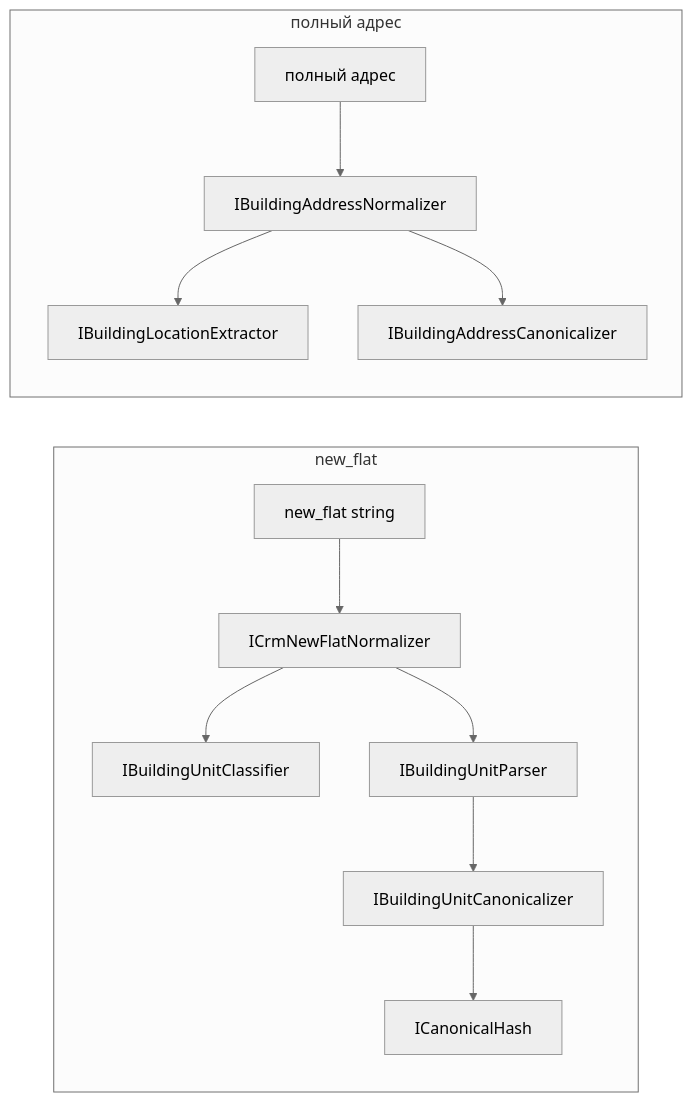
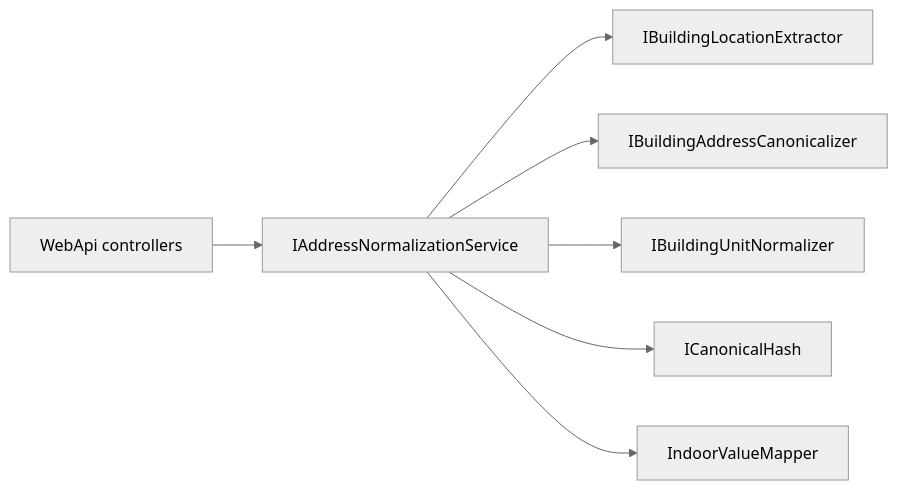
One commit to KazhadeyD/VTBL.AddressNormalizer changed the diagram in README.md. Above: the diagram before and after it, drawn with Mermaid (neutral theme). The commit also changed other lines of this file and 2 other files, not shown here.

Commit message:
Обновлен README.md с новыми описаниями для нормализации адресов, включая изменения в структуре API и требованиях. Уточнены примеры использования и добавлены новые эндпоинты для обработки indoor и outdoor адресов. Исправлены ссылки на зависимости и улучшена документация по архитектуре проекта.

````diff
--- a/README.md
+++ b/README.md
@@ -105,16 +85,9 @@
 ```mermaid
 flowchart LR
-    subgraph flat ["new_flat"]
-        IN1["new_flat string"] --> CRM["ICrmNewFlatNormalizer"]
-        CRM --> CLS["IBuildingUnitClassifier"]
-        CRM --> PAR["IBuildingUnitParser"]
-        PAR --> CAN1["IBuildingUnitCanonicalizer"]
-        CAN1 --> HASH["ICanonicalHash"]
-    end
-
-    subgraph addr ["полный адрес"]
-        IN2["полный адрес"] --> BAN["IBuildingAddressNormalizer"]
-        BAN --> EX["IBuildingLocationExtractor"]
-        BAN --> CAN2["IBuildingAddressCanonicalizer"]
-    end
+  HTTP["WebApi controllers"] --> SVC["IAddressNormalizationService"]
+  SVC --> EXT["IBuildingLocationExtractor"]
+  SVC --> CAN["IBuildingAddressCanonicalizer"]
+  SVC --> UNIT["IBuildingUnitNormalizer"]
+  SVC --> HASH["ICanonicalHash"]
+  SVC --> MAP["IndoorValueMapper"]
 ```
````
